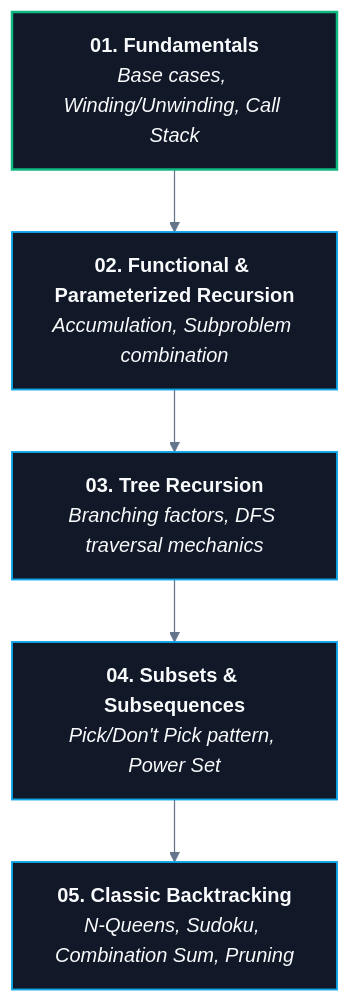
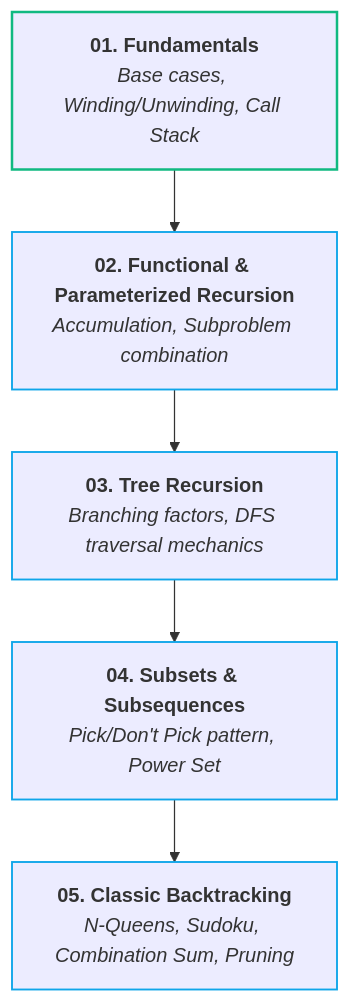
Before and after one commit to abhinavbharti2345/CS_Notes: the diagram in CS/DSA/05. Recursion & Backtracking/00. Recursion Core.md, drawn with Mermaid. The commit also changed 91 other files, not shown here.

````diff
--- a/CS/DSA/05. Recursion & Backtracking/00. Recursion Core.md
+++ b/CS/DSA/05. Recursion & Backtracking/00. Recursion Core.md
@@ -23,16 +23,15 @@
 ```mermaid
-%%{init: {'theme': 'base', 'themeVariables': { 'darkMode': true, 'background': '#0B0F14', 'mainBkg': '#111827', 'primaryColor': '#111827', 'primaryTextColor': '#F8FAFC', 'primaryBorderColor': '#38BDF8', 'lineColor': '#64748B', 'secondaryColor': '#0B0F14', 'tertiaryColor': '#0B0F14', 'clusterBkg': '#0B0F14', 'clusterBorder': '#38BDF8' }}}%%
 flowchart TD
     R1["<b>01. Fundamentals</b><br/><i>Base cases, Winding/Unwinding, Call Stack</i>"]
     R2["<b>02. Functional & Parameterized Recursion</b><br/><i>Accumulation, Subproblem combination</i>"]
     R3["<b>03. Tree Recursion</b><br/><i>Branching factors, DFS traversal mechanics</i>"]
     R4["<b>04. Subsets & Subsequences</b><br/><i>Pick/Don't Pick pattern, Power Set</i>"]
     R5["<b>05. Classic Backtracking</b><br/><i>N-Queens, Sudoku, Combination Sum, Pruning</i>"]
 
     R1 --> R2 --> R3 --> R4 --> R5
 
-    classDef active fill:#111827,stroke:#10b981,stroke-width:2px,color:#F8FAFC;
-    classDef planned fill:#111827,stroke:#0ea5e9,stroke-width:1.5px,color:#F8FAFC;
+    classDef active stroke:#10b981,stroke-width:2px;
+    classDef planned stroke:#0ea5e9,stroke-width:1.5px;
     class R1 active;
     class R2,R3,R4,R5 planned;
 ```
````
